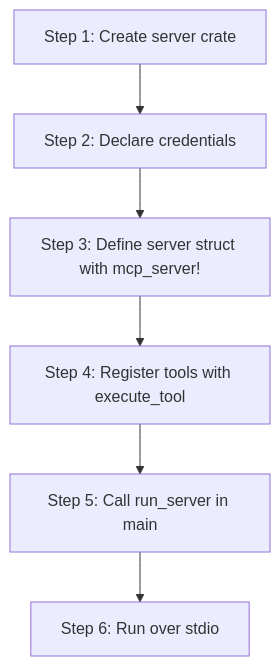
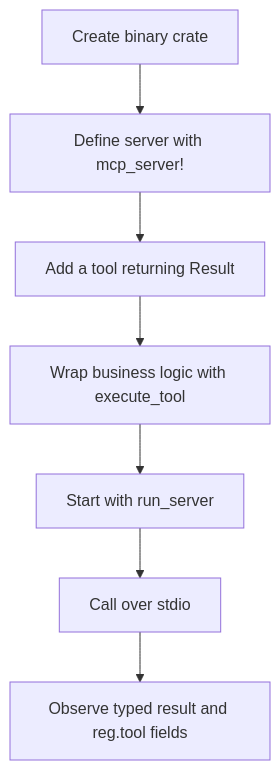
One commit to mdz-axo/zed-kask changed the diagram in kask/docs/diataxis/hkask-mcp-server/tutorial.md. Above: the diagram before and after it, drawn with Mermaid. The commit also changed other lines of this file and 8 other files, not shown here.

````diff
--- a/kask/docs/diataxis/hkask-mcp-server/tutorial.md
+++ b/kask/docs/diataxis/hkask-mcp-server/tutorial.md
@@ -26,8 +19,9 @@
 ```mermaid
 flowchart TD
-    A[Step 1: Create server crate] --> B[Step 2: Declare credentials]
-    B --> C[Step 3: Define server struct with mcp_server!]
-    C --> D[Step 4: Register tools with execute_tool]
-    D --> E[Step 5: Call run_server in main]
-    E --> F[Step 6: Run over stdio]
+    A[Create binary crate] --> B[Define server with mcp_server!]
+    B --> C[Add a tool returning Result]
+    C --> D[Wrap business logic with execute_tool]
+    D --> E[Start with run_server]
+    E --> F[Call over stdio]
+    F --> G[Observe typed result and reg.tool fields]
 ```
````
